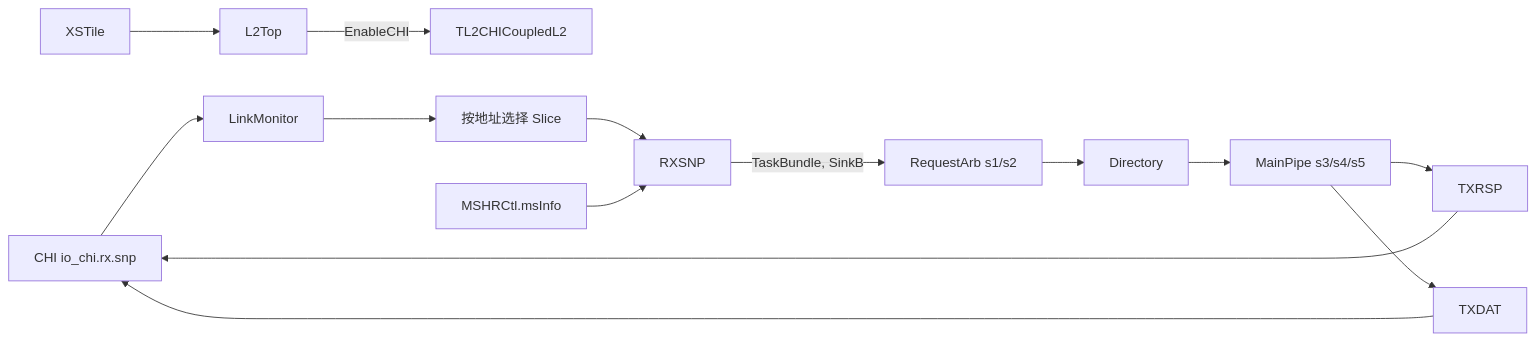
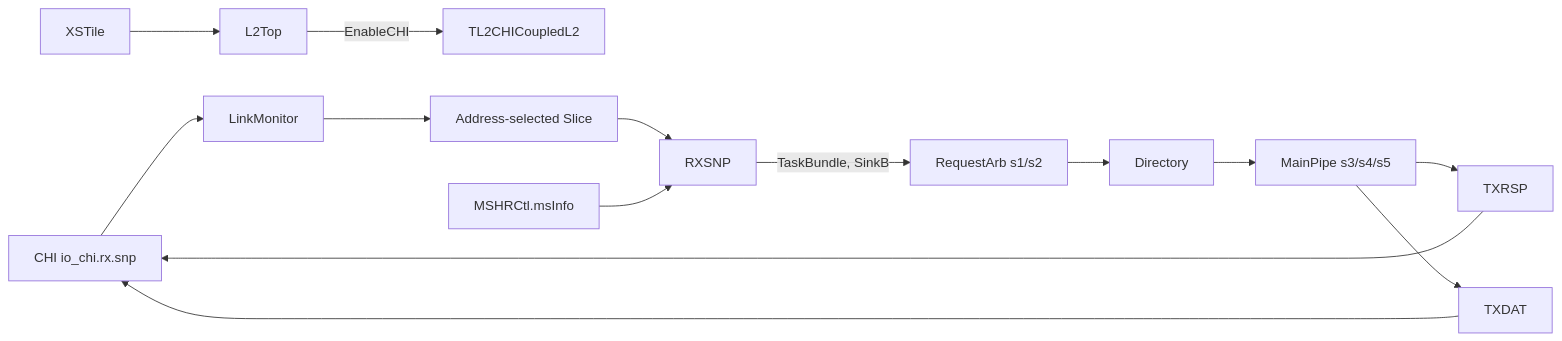
One commit to OpenXiangShan/XiangShanLab changed the first of 2 diagrams in xiangshan-course/docs-en/4-xiangshan-microarchitecture-analysis/3-xiangshan-source-code-analysis/cache/Cache-RXSNP.md. Above: the diagram before and after it, drawn with Mermaid. The commit also changed other lines of this file and 176 other files, not shown here.

````diff
--- a/xiangshan-course/docs-en/4-xiangshan-microarchitecture-analysis/3-xiangshan-source-code-analysis/cache/Cache-RXSNP.md
+++ b/xiangshan-course/docs-en/4-xiangshan-microarchitecture-analysis/3-xiangshan-source-code-analysis/cache/Cache-RXSNP.md
@@ -59,16 +608,16 @@
 ```mermaid
 flowchart LR
   XT[XSTile] --> LT[L2Top]
   LT -->|EnableCHI| CL2[TL2CHICoupledL2]
   CHI[CHI io_chi.rx.snp] --> LM[LinkMonitor]
-  LM --> DEMUX[按地址选择 Slice]
+  LM --> DEMUX[Address-selected Slice]
   DEMUX --> RX[RXSNP]
   MSHR[MSHRCtl.msInfo] --> RX
   RX -->|TaskBundle, SinkB| RA[RequestArb s1/s2]
   RA --> DIR[Directory]
   DIR --> MP[MainPipe s3/s4/s5]
   MP --> RSP[TXRSP]
   MP --> DAT[TXDAT]
   RSP --> CHI
   DAT --> CHI
 ```
````
